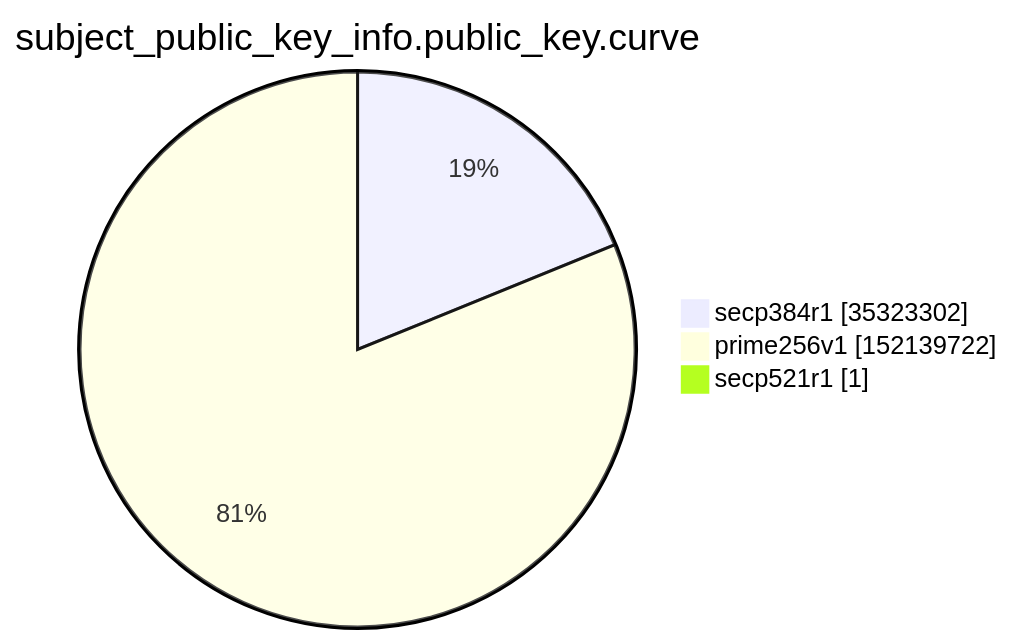
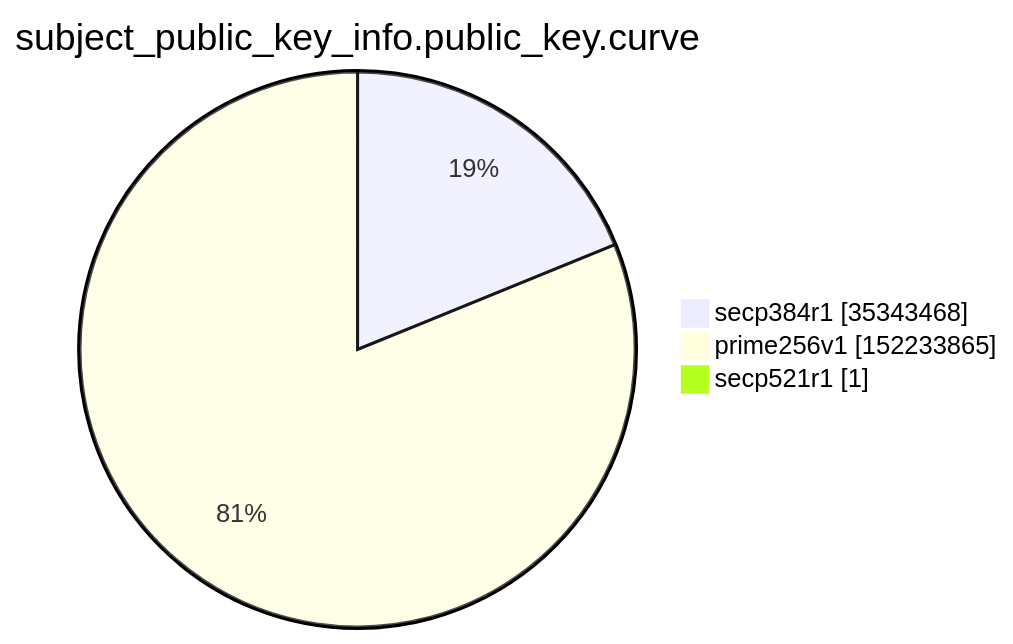
One commit to christiankrug/ctmonitor_visualization changed the ninth of 15 diagrams in argon2022/README.md. Above: the diagram before and after it, drawn with Mermaid. The commit also changed other lines of this file, not shown here.

````diff
--- a/argon2022/README.md
+++ b/argon2022/README.md
@@ -2765,7 +2765,7 @@
 ```mermaid
 pie showData
 title subject_public_key_info.public_key.curve
-"secp384r1" :35323302
-"prime256v1" :152139722
+"secp384r1" :35343468
+"prime256v1" :152233865
 "secp521r1" :1
 ```
````
